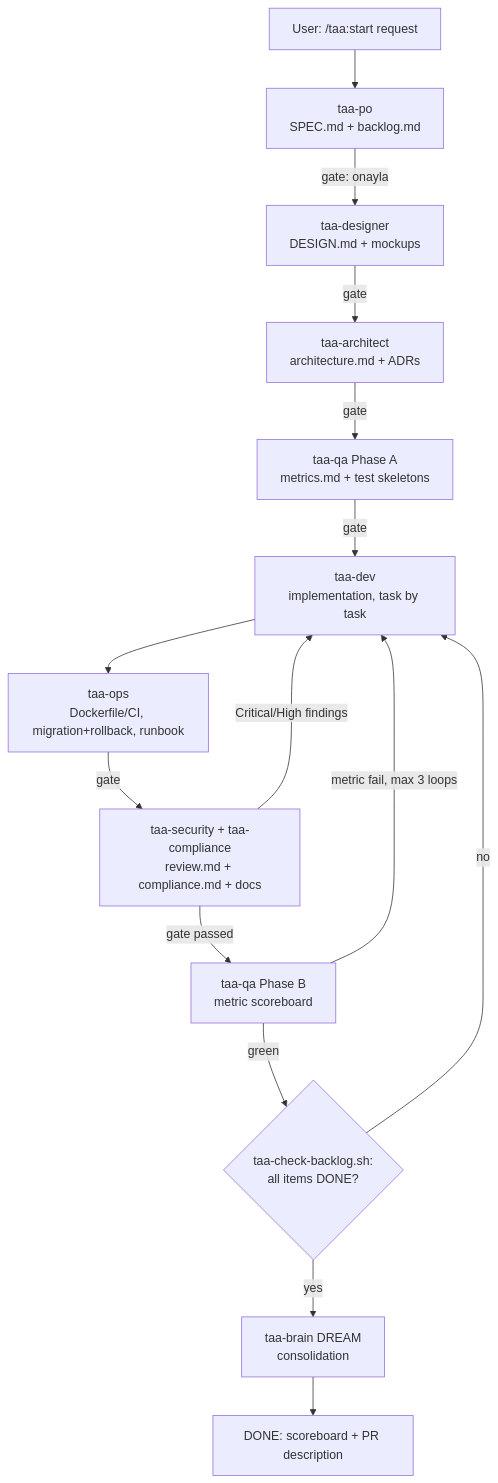
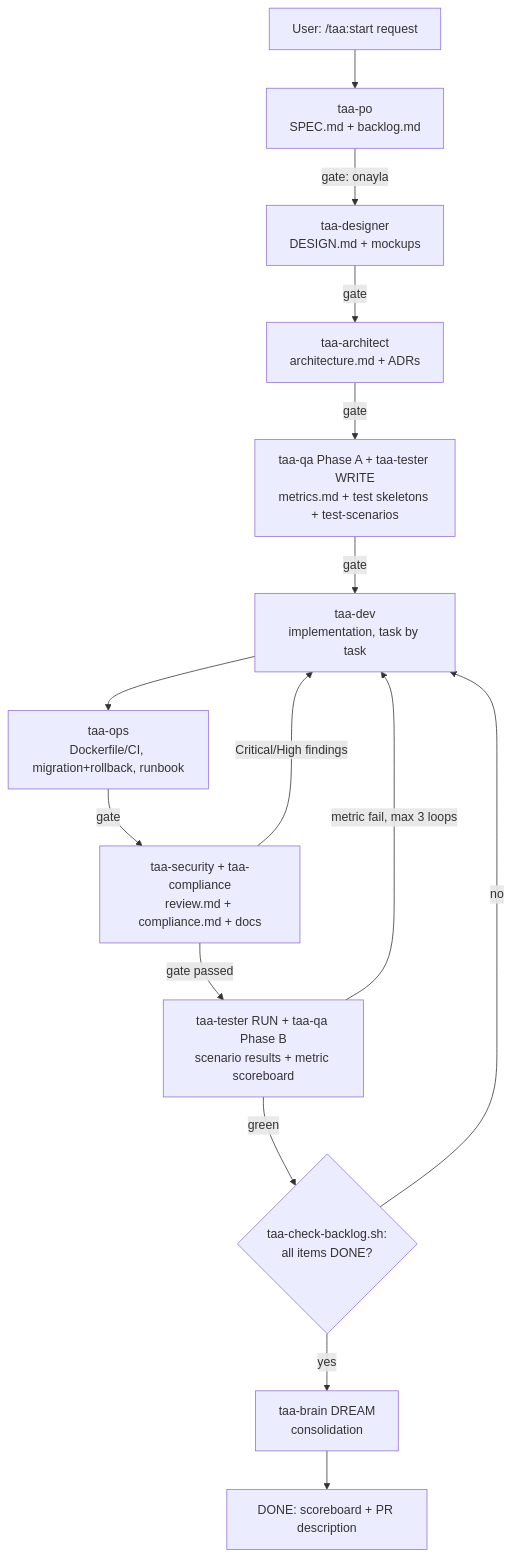
Before and after one commit to ademirel-taztech/taz-agent-stack: the diagram in docs/PIPELINE.md, drawn with Mermaid. The commit also changed other lines of this file and 71 other files, not shown here.

First line of the commit message:
Test senaryosu hattı (/taa:writetest) ve Playwright + Laya senaryo koşucusu eklendi

````diff
--- a/docs/PIPELINE.md
+++ b/docs/PIPELINE.md
@@ -5,17 +5,17 @@
 ```mermaid
 flowchart TD
     U[User: /taa:start request] --> PO[taa-po\nSPEC.md + backlog.md]
     PO -->|gate: onayla| DES[taa-designer\nDESIGN.md + mockups]
     DES -->|gate| ARCH[taa-architect\narchitecture.md + ADRs]
-    ARCH -->|gate| QAA[taa-qa Phase A\nmetrics.md + test skeletons]
+    ARCH -->|gate| QAA[taa-qa Phase A + taa-tester WRITE\nmetrics.md + test skeletons + test-scenarios]
     QAA -->|gate| DEV[taa-dev\nimplementation, task by task]
     DEV --> OPS[taa-ops\nDockerfile/CI, migration+rollback, runbook]
     OPS -->|gate| SEC[taa-security + taa-compliance\nreview.md + compliance.md + docs]
     SEC -->|Critical/High findings| DEV
-    SEC -->|gate passed| QAB[taa-qa Phase B\nmetric scoreboard]
+    SEC -->|gate passed| QAB[taa-tester RUN + taa-qa Phase B\nscenario results + metric scoreboard]
     QAB -->|metric fail, max 3 loops| DEV
     QAB -->|green| GATE{taa-check-backlog.sh:\nall items DONE?}
     GATE -->|no| DEV
     GATE -->|yes| DREAM[taa-brain DREAM\nconsolidation]
     DREAM --> DONE[DONE: scoreboard + PR description]
 ```
````
